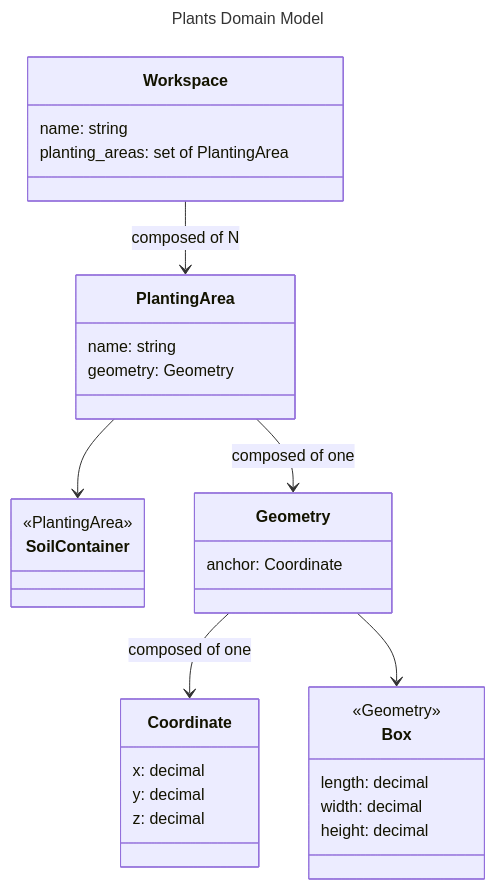
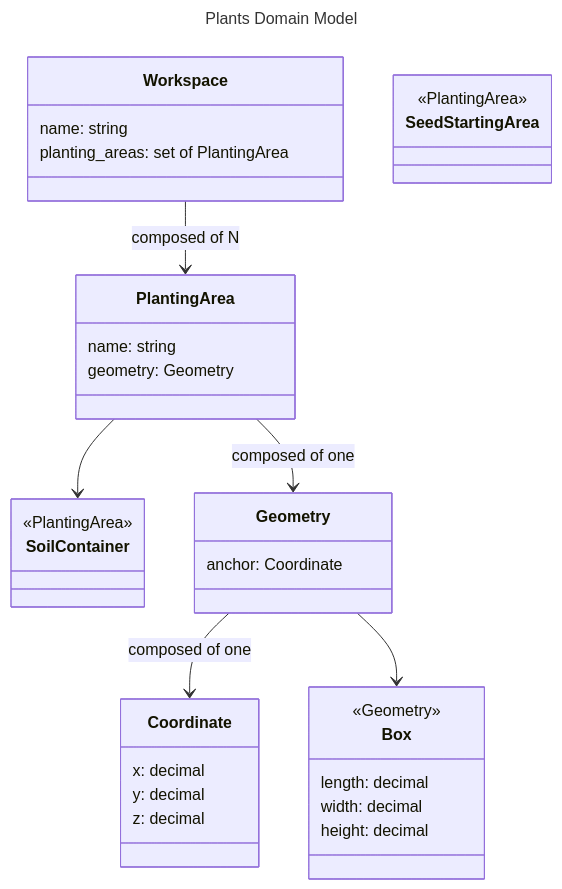
The diagram in outline/workspaces/models.md (VerdanTech/Vdt-Webapp), drawn with Mermaid before and after one commit. The commit also changed 16 other files, not shown here.

````diff
--- a/outline/workspaces/models.md
+++ b/outline/workspaces/models.md
@@ -3,39 +3,42 @@
 ```mermaid
 ---
 title: Plants Domain Model
 ---
 classDiagram
 
     Workspace --> PlantingArea : composed of N
     PlantingArea --> SoilContainer
     PlantingArea --> Geometry : composed of one
     Geometry --> Coordinate: composed of one
     Geometry --> Box
 
     class Workspace{
         name: string
         planting_areas: set of PlantingArea
     }
     class PlantingArea{
         name: string
         geometry: Geometry
     }
     class SoilContainer{
         <<PlantingArea>>
     }
+    class SeedStartingArea{
+        <<PlantingArea>>
+    }
     class Geometry{
         anchor: Coordinate
     }
     class Coordinate{
         x: decimal
         y: decimal
         z: decimal
     }
     class Box{
         <<Geometry>>
         length: decimal
         width: decimal
         height: decimal
     }
 
 ```
````
